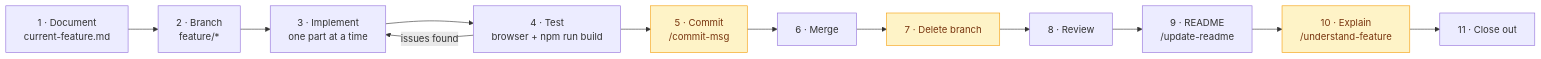
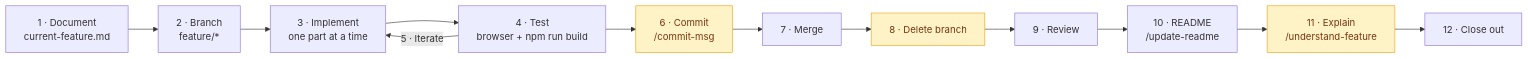
Before and after one commit to raki-rankawat/next-reading-list-app: the third of 3 diagrams in README.md, drawn with Mermaid. The commit also changed other lines of this file, not shown here.

First line of the commit message:
docs(readme): record feature 06 search view

````diff
--- a/README.md
+++ b/README.md
@@ -125,17 +125,17 @@
 ```mermaid
 flowchart LR
     A["1 · Document<br/>current-feature.md"] --> B["2 · Branch<br/>feature/*"]
     B --> C["3 · Implement<br/>one part at a time"]
     C --> D["4 · Test<br/>browser + npm run build"]
-    D -->|"issues found"| C
-    D --> E["5 · Commit<br/>/commit-msg"]
-    E --> F["6 · Merge"]
-    F --> G["7 · Delete branch"]
-    G --> H["8 · Review"]
-    H --> I["9 · README<br/>/update-readme"]
-    I --> J["10 · Explain<br/>/understand-feature"]
-    J --> K["11 · Close out"]
+    D -->|"5 · Iterate"| C
+    D --> E["6 · Commit<br/>/commit-msg"]
+    E --> F["7 · Merge"]
+    F --> G["8 · Delete branch"]
+    G --> H["9 · Review"]
+    H --> I["10 · README<br/>/update-readme"]
+    I --> J["11 · Explain<br/>/understand-feature"]
+    J --> K["12 · Close out"]
 
     classDef gate fill:#fef3c7,stroke:#f59e0b,color:#78350f
     class E,G,J gate
 ```
````
